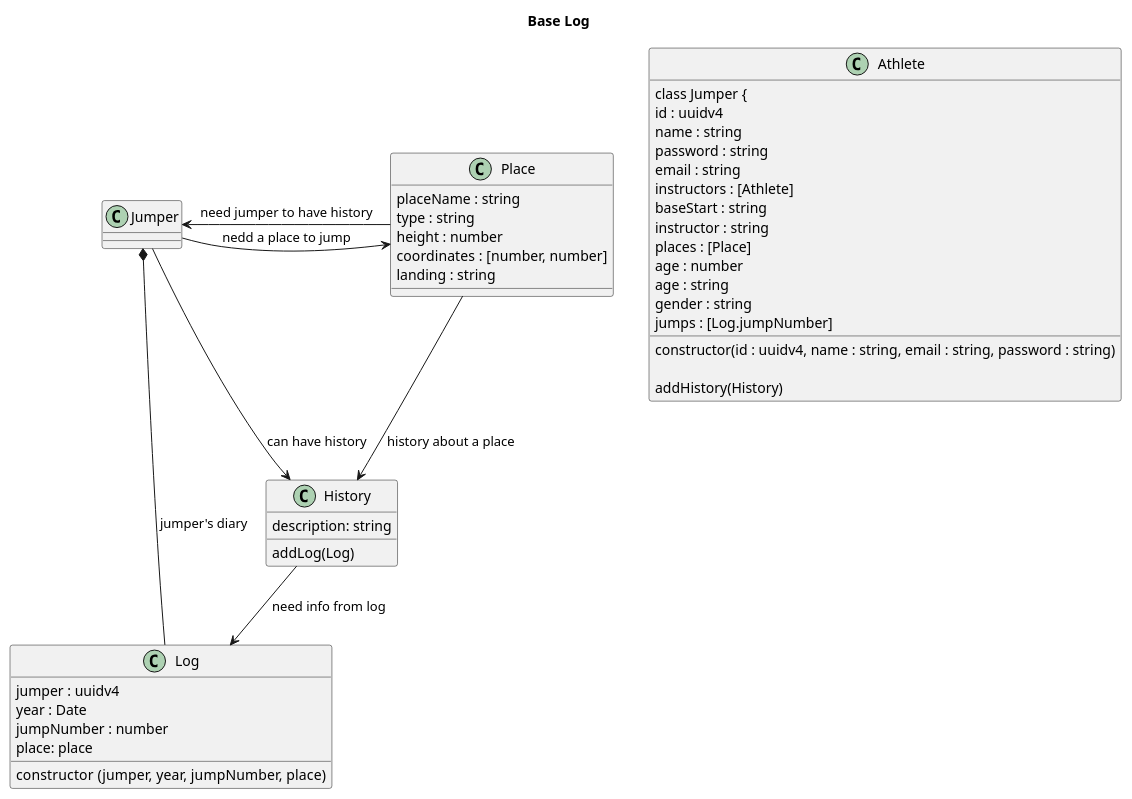
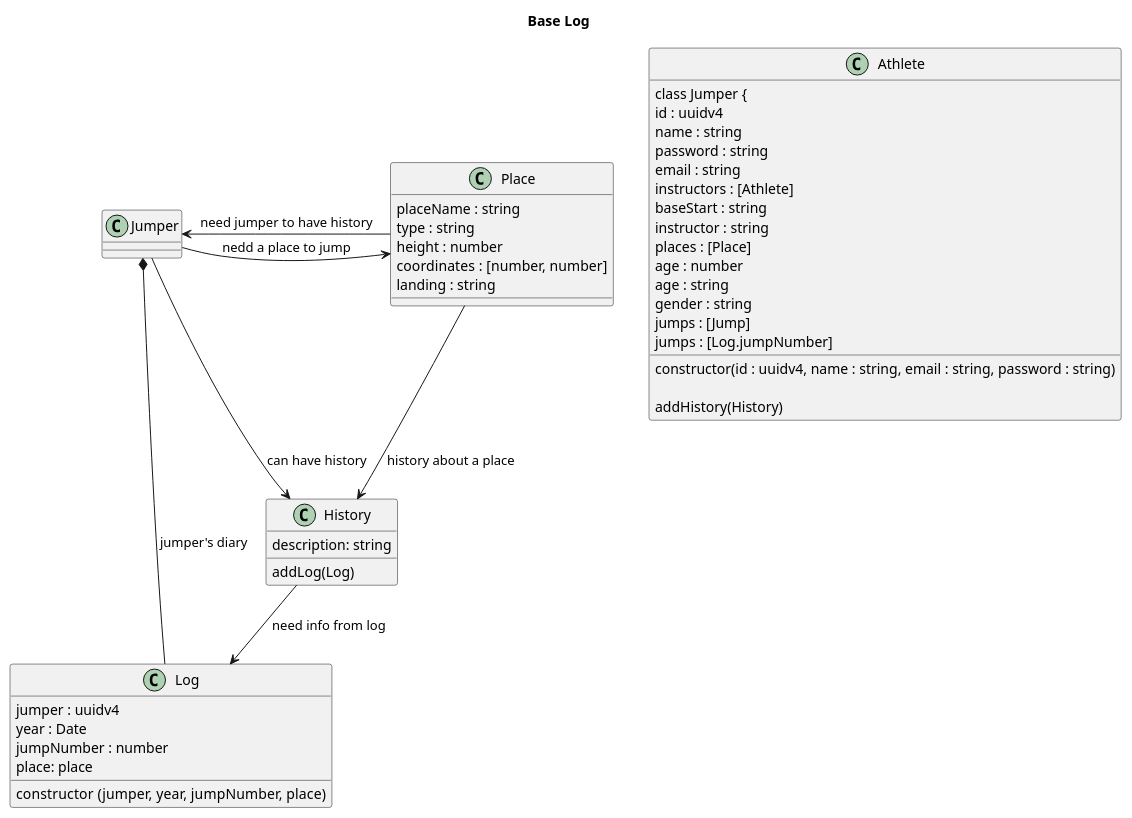
One commit to discombobulateme/webdoc changed the diagram in architecture/class.puml. Above: the diagram before and after it, drawn with PlantUML.

Commit message:
Change jumps array to be a Jump entry

```diff
--- a/architecture/class.puml
+++ b/architecture/class.puml
@@ -1,65 +1,66 @@
 @startuml Base Log
 Title Base Log
 
 class Athlete {
 class Jumper {
 id : uuidv4
 name : string
 password : string
 email : string
 instructors : [Athlete]
 baseStart : string
 instructor : string
 places : [Place]
 age : number
 age : string
 gender : string
+jumps : [Jump]
 jumps : [Log.jumpNumber]
 
 constructor(id : uuidv4, name : string, email : string, password : string)
 
 ' A jumper can have one or more histories
 addHistory(History)
 }
 
 ' Place is static, works on it's own
 class Place {
 placeName : string
 type : string
 height : number
 coordinates : [number, number]
 landing : string
 }
 
 ' History is what goes to the timeline
 class History {
 description: string
 ' Instead of repeating the Log infos
 addLog(Log)
 }
 
 class Log {
 jumper : uuidv4
 year : Date
 ' jumpNumber is a counter
 jumpNumber : number
 place: place
 
 constructor (jumper, year, jumpNumber, place)
 }
 
 ' Head *- Hand : composition
 ' Parent o-- IndependentChild : agregation
 ' Need --> Use : association
 
 Jumper -> Place : nedd a place to jump
 Jumper *- Log : jumper's diary
 Jumper -> History : can have history
 
 History --> Log : need info from log
 
 Place -> Jumper : need jumper to have history
 Place --> History : history about a place
 
 
 @enduml
```
